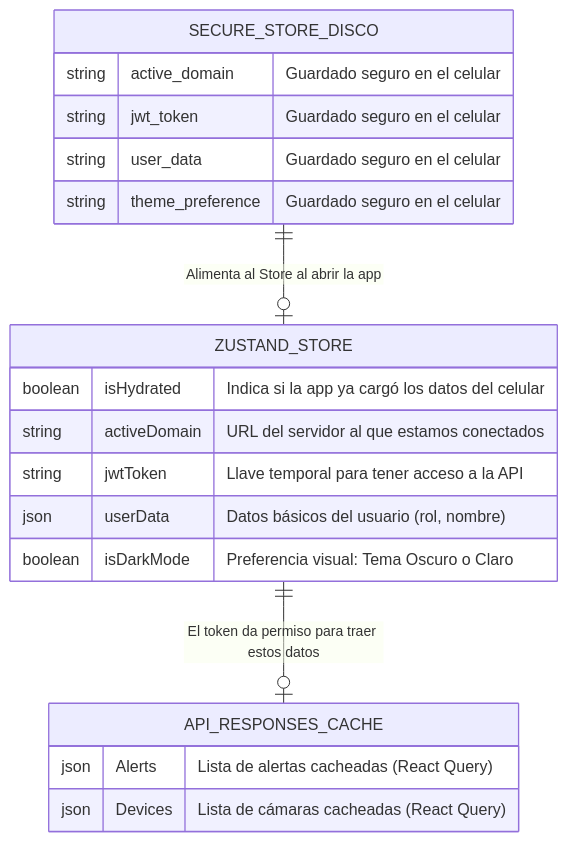
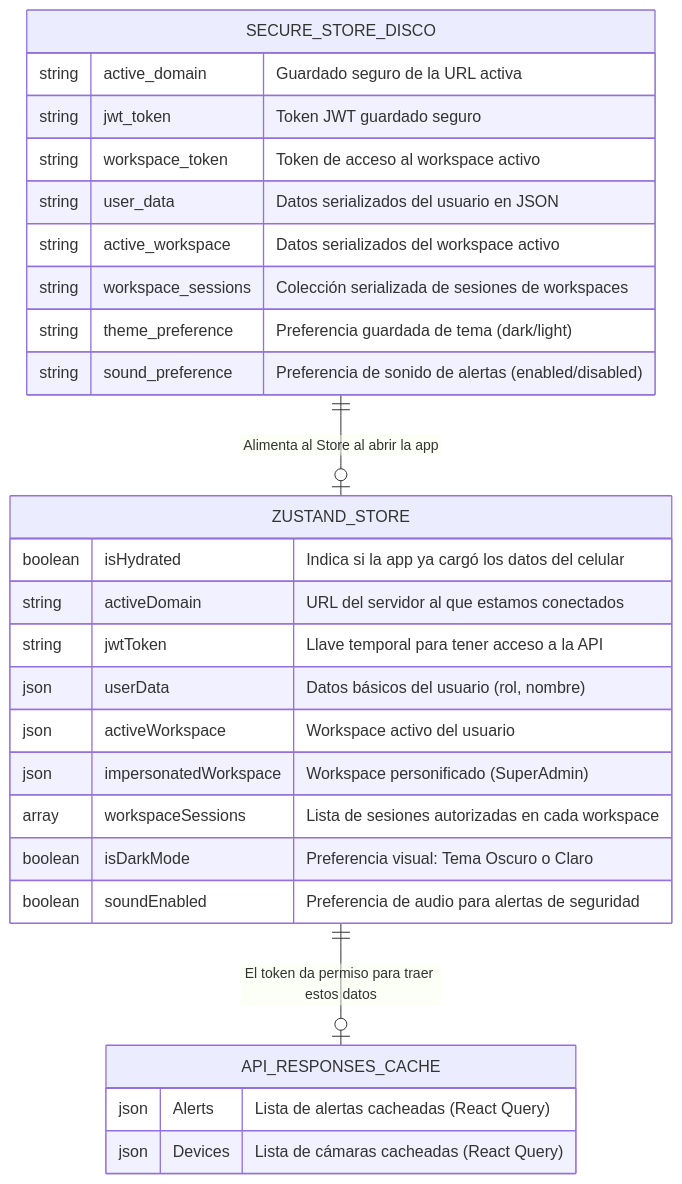
Before and after one commit to soportesivi-cpu/App_sivi: the diagram in docs/data/ERD.md, drawn with Mermaid. The commit also changed other lines of this file and 13 other files, not shown here.

````diff
--- a/docs/data/ERD.md
+++ b/docs/data/ERD.md
@@ -7,27 +7,35 @@
 ```mermaid
 erDiagram
     %% Definición de las "Tablas" o Entidades
     ZUSTAND_STORE {
         boolean isHydrated "Indica si la app ya cargó los datos del celular"
         string activeDomain "URL del servidor al que estamos conectados"
         string jwtToken "Llave temporal para tener acceso a la API"
         json userData "Datos básicos del usuario (rol, nombre)"
+        json activeWorkspace "Workspace activo del usuario"
+        json impersonatedWorkspace "Workspace personificado (SuperAdmin)"
+        array workspaceSessions "Lista de sesiones autorizadas en cada workspace"
         boolean isDarkMode "Preferencia visual: Tema Oscuro o Claro"
+        boolean soundEnabled "Preferencia de audio para alertas de seguridad"
     }
 
     SECURE_STORE_DISCO {
-        string active_domain "Guardado seguro en el celular"
-        string jwt_token "Guardado seguro en el celular"
-        string user_data "Guardado seguro en el celular"
-        string theme_preference "Guardado seguro en el celular"
+        string active_domain "Guardado seguro de la URL activa"
+        string jwt_token "Token JWT guardado seguro"
+        string workspace_token "Token de acceso al workspace activo"
+        string user_data "Datos serializados del usuario en JSON"
+        string active_workspace "Datos serializados del workspace activo"
+        string workspace_sessions "Colección serializada de sesiones de workspaces"
+        string theme_preference "Preferencia guardada de tema (dark/light)"
+        string sound_preference "Preferencia de sonido de alertas (enabled/disabled)"
     }
 
     API_RESPONSES_CACHE {
         json Alerts "Lista de alertas cacheadas (React Query)"
         json Devices "Lista de cámaras cacheadas (React Query)"
     }
 
     %% Relaciones explicativas
     SECURE_STORE_DISCO ||--o| ZUSTAND_STORE : "Alimenta al Store al abrir la app"
     ZUSTAND_STORE ||--o| API_RESPONSES_CACHE : "El token da permiso para traer estos datos"
 ```
````
